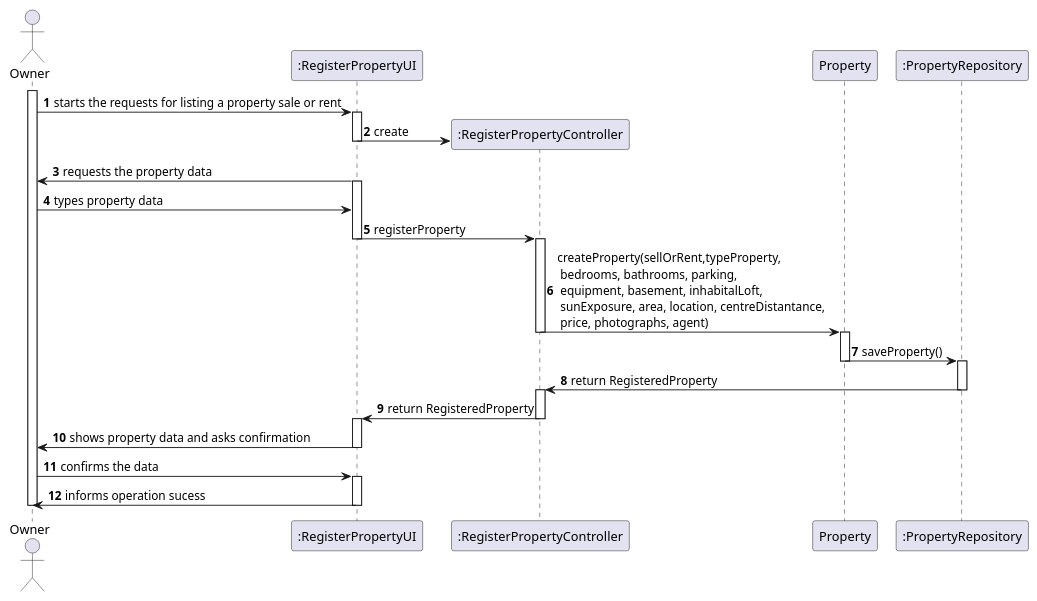
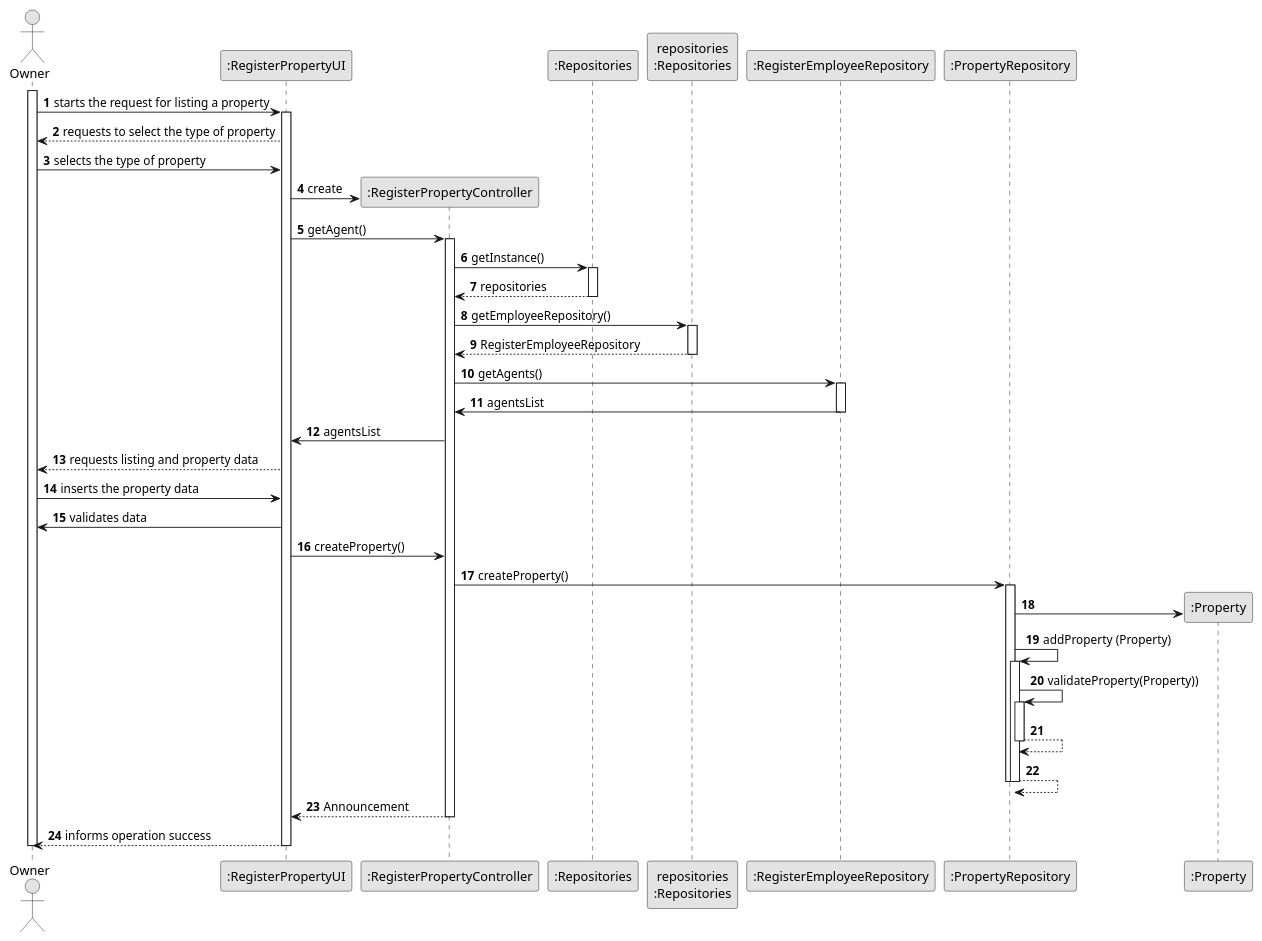
The diagram in docs/sprintB/US004/03.design/puml/US004-SD.puml (tiagohcorreia/LAPR2), drawn with PlantUML before and after one commit. The commit also changed 1 other file, not shown here.

```diff
--- a/docs/sprintB/US004/03.design/puml/US004-SD.puml
+++ b/docs/sprintB/US004/03.design/puml/US004-SD.puml
@@ -1,72 +1,81 @@
 @startuml
-
-actor Owner as owner
-participant ":RegisterPropertyUI" as ui
-participant ":RegisterPropertyController" as ctr
-participant Property as property
-participant ":PropertyRepository" as rp
+skinparam monochrome true
+skinparam packageStyle rectangle
+skinparam shadowing false
 
 autonumber
 
+'hide footbox
+actor Owner as owner
+participant ":RegisterPropertyUI" as ui
+participant ":RegisterPropertyController" as ctrl
+participant ":Repositories" as RepositorySingleton
+participant "repositories\n:Repositories" as rep
+participant ":RegisterEmployeeRepository" as repEmp
+participant ":PropertyRepository" as repProp
+participant ":Property" as property
+
 activate owner
 
-        owner -> ui: starts the requests for listing a property sale or rent
+        owner -> ui : starts the request for listing a property
 
         activate ui
 
-        ui -> ctr** : create
+        ui--> owner : requests to select the type of property
 
-        deactivate ui
+        owner -> ui: selects the type of property
 
-        owner <- ui: requests the property data
+        ui -> ctrl** : create
 
-        activate ui
+        ui-> ctrl: getAgent()
 
-        owner -> ui: types property data
+        activate ctrl
 
-        ui -> ctr: registerProperty
+        ctrl -> RepositorySingleton: getInstance()
+        activate RepositorySingleton
+        RepositorySingleton --> ctrl: repositories
+        deactivate RepositorySingleton
 
-        deactivate ui
-        activate ctr
+        ctrl -> rep: getEmployeeRepository()
+        activate rep
+        rep--> ctrl: RegisterEmployeeRepository
+        deactivate rep
 
-        ctr -> property: createProperty(sellOrRent,typeProperty,\n bedrooms, bathrooms, parking,\n equipment, basement, inhabitalLoft,\n sunExposure, area, location, centreDistantance,\n price, photographs, agent)
+        ctrl ->repEmp: getAgents()
+        activate repEmp
+        repEmp -> ctrl: agentsList
+        deactivate repEmp
 
-            deactivate ctr
-            activate property
+        ctrl-> ui: agentsList
 
-        property -> rp: saveProperty()
+        ui --> owner : requests listing and property data
 
-        deactivate property
+        owner -> ui : inserts the property data
 
-        activate rp
+        ui-> owner: validates data
 
+        ui -> ctrl: createProperty()
+        ctrl -> repProp: createProperty()
+        activate repProp
 
-        rp -> ctr: return RegisteredProperty
+        repProp -> property **:
+        repProp -> repProp: addProperty (Property)
+        activate repProp
+            repProp -> repProp: validateProperty(Property))
+            activate repProp
+                repProp --> repProp
+            deactivate repProp
+            repProp --> repProp
+        deactivate repProp
 
-        deactivate rp
+        deactivate repProp
 
-        activate ctr
-
-        ctr -> ui: return RegisteredProperty
-
-
-        deactivate ctr
-        activate ui
-
-
-        owner <- ui: shows property data and asks confirmation
-
-        deactivate ui
-
-        owner -> ui: confirms the data
-
-        activate ui
-
-        owner <- ui: informs operation sucess
-
+            ctrl --> ui: Announcement
+        deactivate ctrl
+            ui --> owner: informs operation success
         deactivate ui
 
 deactivate owner
 
 
-@enduml
+          @enduml
```
